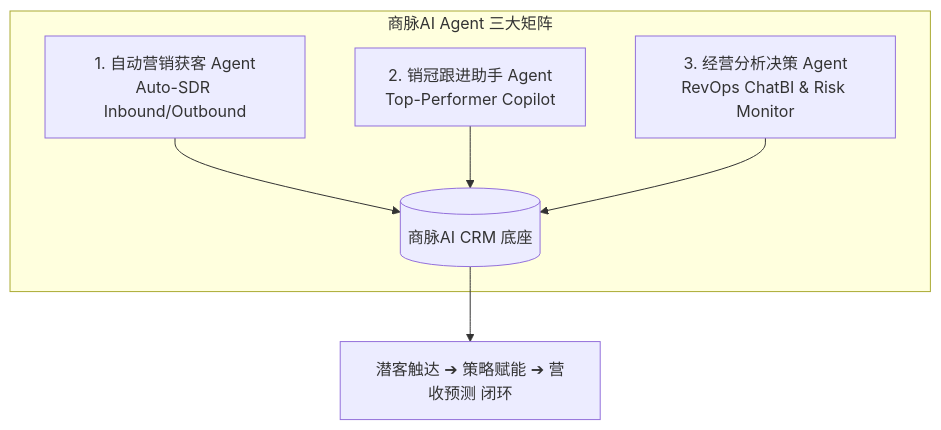
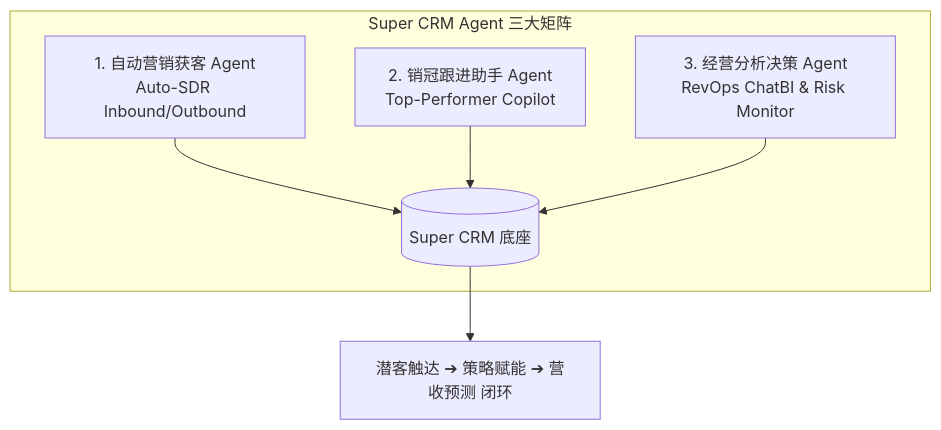
The diagram in docs/20-PRODUCT-TUTORIAL-AND-BUSINESS-RULES-MANUAL.md (Jimmyzxk/super-crm), drawn with Mermaid before and after one commit. The commit also changed other lines of this file and 2 other files, not shown here.

````diff
--- a/docs/20-PRODUCT-TUTORIAL-AND-BUSINESS-RULES-MANUAL.md
+++ b/docs/20-PRODUCT-TUTORIAL-AND-BUSINESS-RULES-MANUAL.md
@@ -462,10 +464,10 @@
 ```mermaid
 graph TD
-  subgraph 商脉AI Agent 三大矩阵
-    A[1. 自动营销获客 Agent<br>Auto-SDR Inbound/Outbound] --> D[(商脉AI CRM 底座)]
+  subgraph Super CRM Agent 三大矩阵
+    A[1. 自动营销获客 Agent<br>Auto-SDR Inbound/Outbound] --> D[(Super CRM 底座)]
     B[2. 销冠跟进助手 Agent<br>Top-Performer Copilot] --> D
     C[3. 经营分析决策 Agent<br>RevOps ChatBI & Risk Monitor] --> D
   end
 
   D --> E[潜客触达 ➔ 策略赋能 ➔ 营收预测 闭环]
 ```
````
